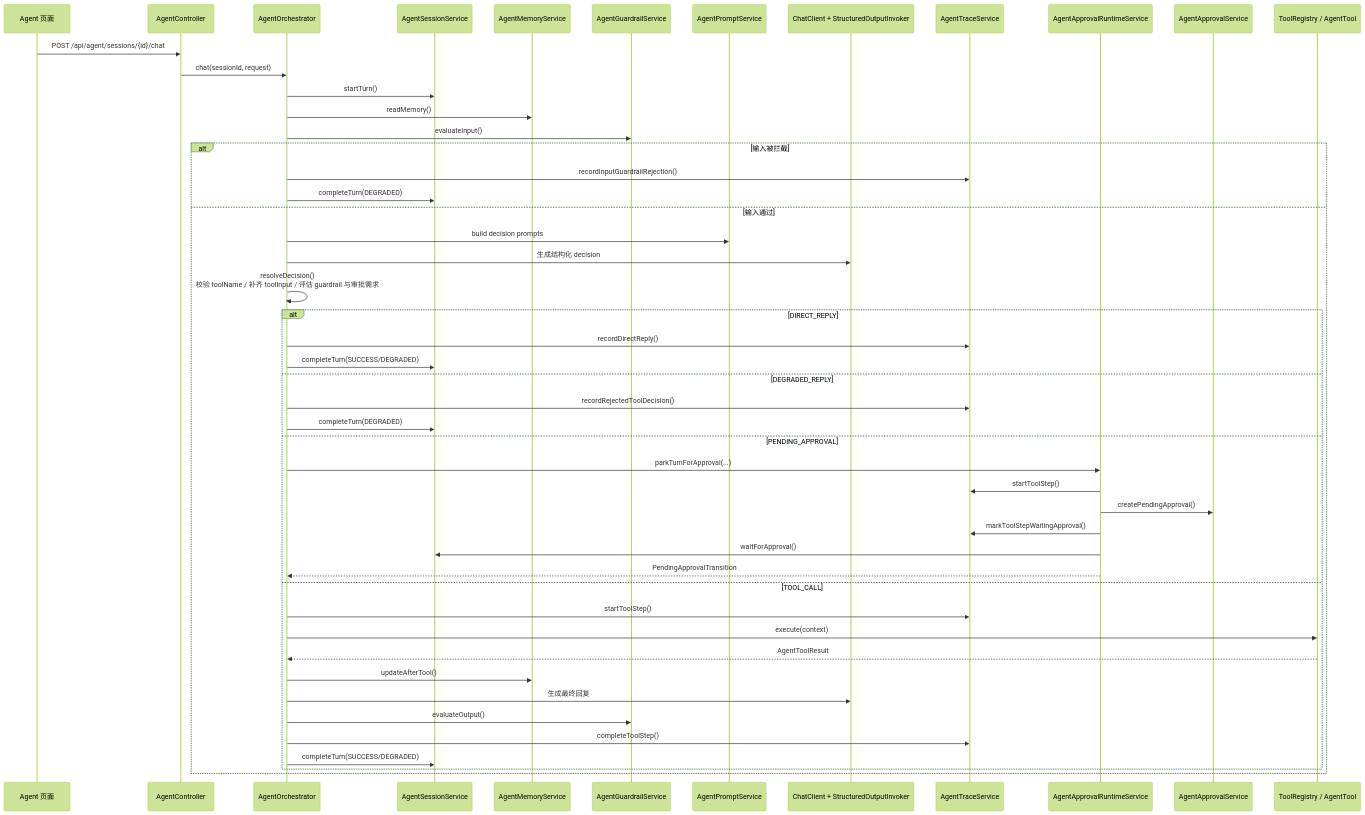
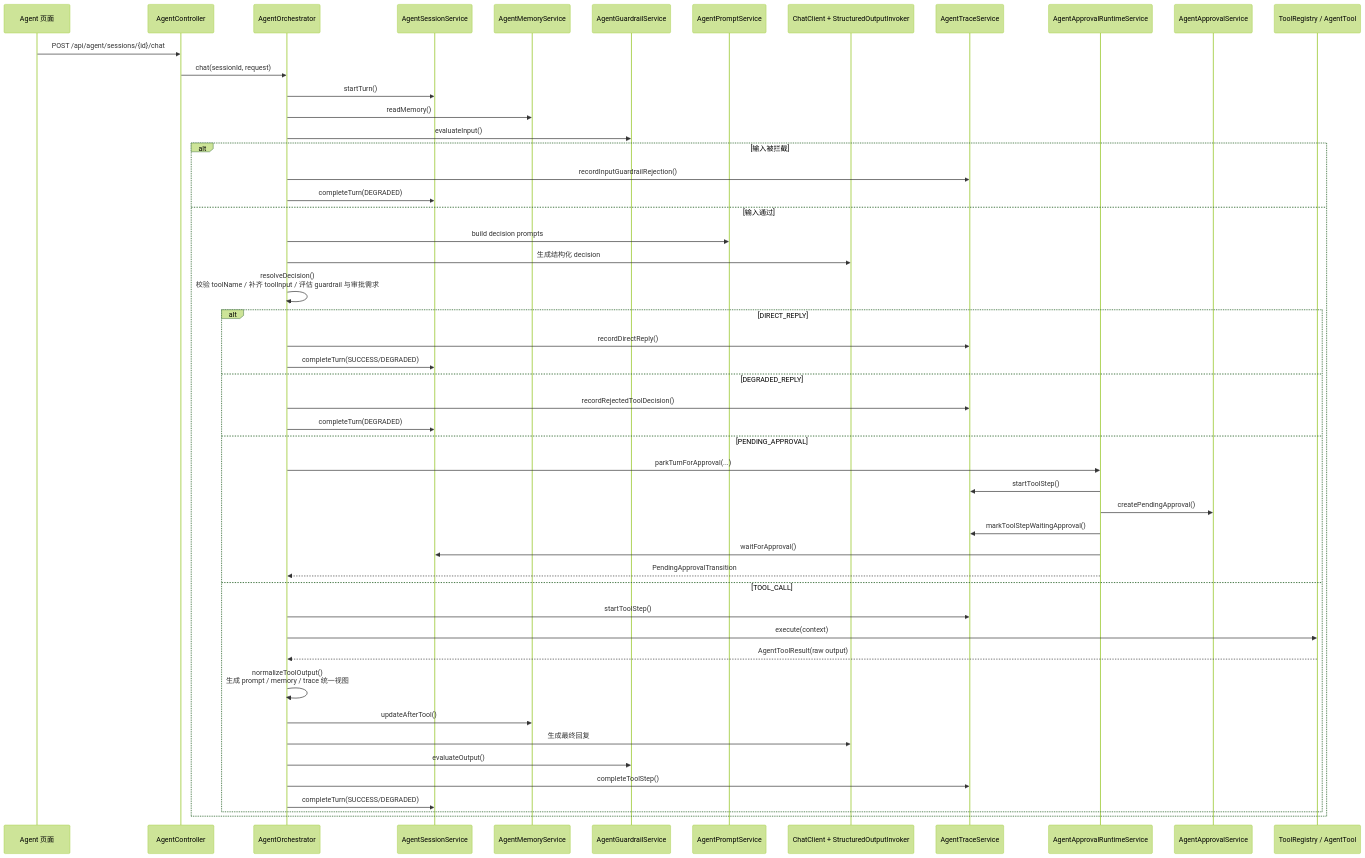
One commit to Kiyra-gjx/interview-guide changed the fifth of 6 diagrams in docs/current-code-architecture.md. Above: the diagram before and after it, drawn with Mermaid (forest theme). The commit also changed other lines of this file and 9 other files, not shown here.

````diff
--- a/docs/current-code-architecture.md
+++ b/docs/current-code-architecture.md
@@ -195,53 +195,54 @@
 ```mermaid
 sequenceDiagram
     participant UI as Agent 页面
     participant AC as AgentController
     participant AO as AgentOrchestrator
     participant SS as AgentSessionService
     participant MS as AgentMemoryService
     participant GS as AgentGuardrailService
     participant PS as AgentPromptService
     participant LLM as ChatClient + StructuredOutputInvoker
     participant TR as AgentTraceService
     participant AR as AgentApprovalRuntimeService
     participant AP as AgentApprovalService
     participant TO as ToolRegistry / AgentTool
 
     UI->>AC: POST /api/agent/sessions/{id}/chat
     AC->>AO: chat(sessionId, request)
     AO->>SS: startTurn()
     AO->>MS: readMemory()
     AO->>GS: evaluateInput()
 
     alt 输入被拦截
         AO->>TR: recordInputGuardrailRejection()
         AO->>SS: completeTurn(DEGRADED)
     else 输入通过
         AO->>PS: build decision prompts
         AO->>LLM: 生成结构化 decision
         AO->>AO: resolveDecision()<br/>校验 toolName / 补齐 toolInput / 评估 guardrail 与审批需求
         alt DIRECT_REPLY
             AO->>TR: recordDirectReply()
             AO->>SS: completeTurn(SUCCESS/DEGRADED)
         else DEGRADED_REPLY
             AO->>TR: recordRejectedToolDecision()
             AO->>SS: completeTurn(DEGRADED)
         else PENDING_APPROVAL
             AO->>AR: parkTurnForApproval(...)
             AR->>TR: startToolStep()
             AR->>AP: createPendingApproval()
             AR->>TR: markToolStepWaitingApproval()
             AR->>SS: waitForApproval()
             AR-->>AO: PendingApprovalTransition
         else TOOL_CALL
             AO->>TR: startToolStep()
             AO->>TO: execute(context)
-            TO-->>AO: AgentToolResult
+            TO-->>AO: AgentToolResult(raw output)
+            AO->>AO: normalizeToolOutput()<br/>生成 prompt / memory / trace 统一视图
             AO->>MS: updateAfterTool()
             AO->>LLM: 生成最终回复
             AO->>GS: evaluateOutput()
             AO->>TR: completeToolStep()
             AO->>SS: completeTurn(SUCCESS/DEGRADED)
         end
     end
 ```
````
